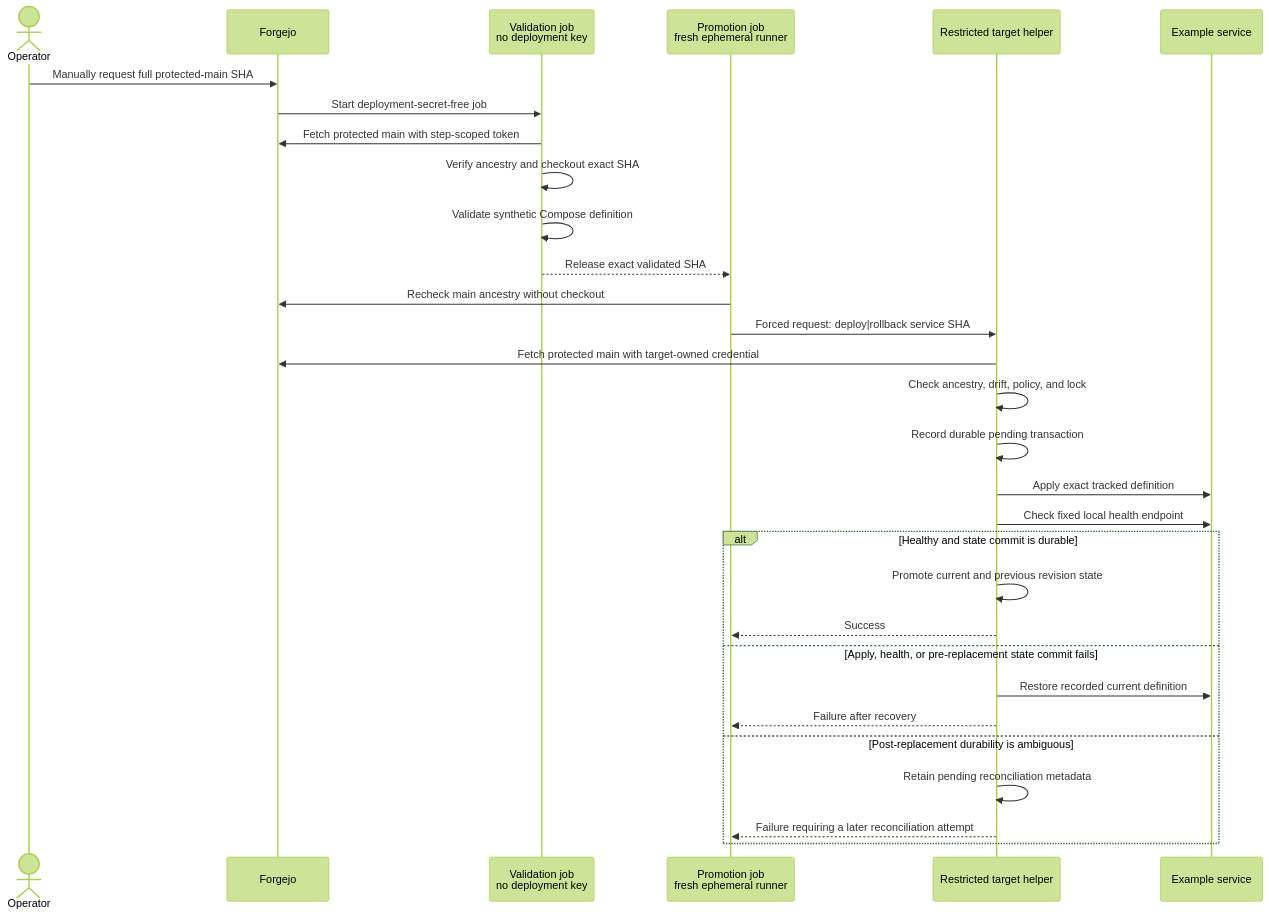
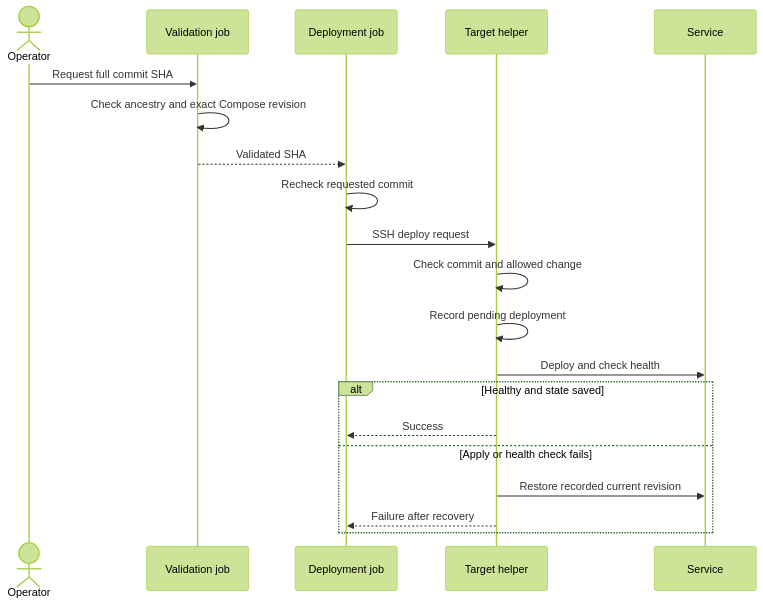
One commit to arviiyer/tamriel-homelab changed the diagram in docs/case-studies/fail-closed-infrastructure-delivery.md. Above: the diagram before and after it, drawn with Mermaid (forest theme). The commit also changed other lines of this file and 38 other files, not shown here.

````diff
--- a/docs/case-studies/fail-closed-infrastructure-delivery.md
+++ b/docs/case-studies/fail-closed-infrastructure-delivery.md
@@ -56,33 +18,23 @@
 ```mermaid
 sequenceDiagram
     actor Operator
-    participant Forgejo
-    participant Validate as Validation job<br/>no deployment key
-    participant Promote as Promotion job<br/>fresh ephemeral runner
-    participant Target as Restricted target helper
-    participant Service as Example service
+    participant Validate as Validation job
+    participant Deploy as Deployment job
+    participant Target as Target helper
+    participant Service
 
-    Operator->>Forgejo: Manually request full protected-main SHA
-    Forgejo->>Validate: Start deployment-secret-free job
-    Validate->>Forgejo: Fetch protected main with step-scoped token
-    Validate->>Validate: Verify ancestry and checkout exact SHA
-    Validate->>Validate: Validate synthetic Compose definition
-    Validate-->>Promote: Release exact validated SHA
-    Promote->>Forgejo: Recheck main ancestry without checkout
-    Promote->>Target: Forced request: deploy|rollback service SHA
-    Target->>Forgejo: Fetch protected main with target-owned credential
-    Target->>Target: Check ancestry, drift, policy, and lock
-    Target->>Target: Record durable pending transaction
-    Target->>Service: Apply exact tracked definition
-    Target->>Service: Check fixed local health endpoint
-    alt Healthy and state commit is durable
-        Target->>Target: Promote current and previous revision state
-        Target-->>Promote: Success
-    else Apply, health, or pre-replacement state commit fails
-        Target->>Service: Restore recorded current definition
-        Target-->>Promote: Failure after recovery
-    else Post-replacement durability is ambiguous
-        Target->>Target: Retain pending reconciliation metadata
-        Target-->>Promote: Failure requiring a later reconciliation attempt
+    Operator->>Validate: Request full commit SHA
+    Validate->>Validate: Check ancestry and exact Compose revision
+    Validate-->>Deploy: Validated SHA
+    Deploy->>Deploy: Recheck requested commit
+    Deploy->>Target: SSH deploy request
+    Target->>Target: Check commit and allowed change
+    Target->>Target: Record pending deployment
+    Target->>Service: Deploy and check health
+    alt Healthy and state saved
+        Target-->>Deploy: Success
+    else Apply or health check fails
+        Target->>Service: Restore recorded current revision
+        Target-->>Deploy: Failure after recovery
     end
 ```
````
